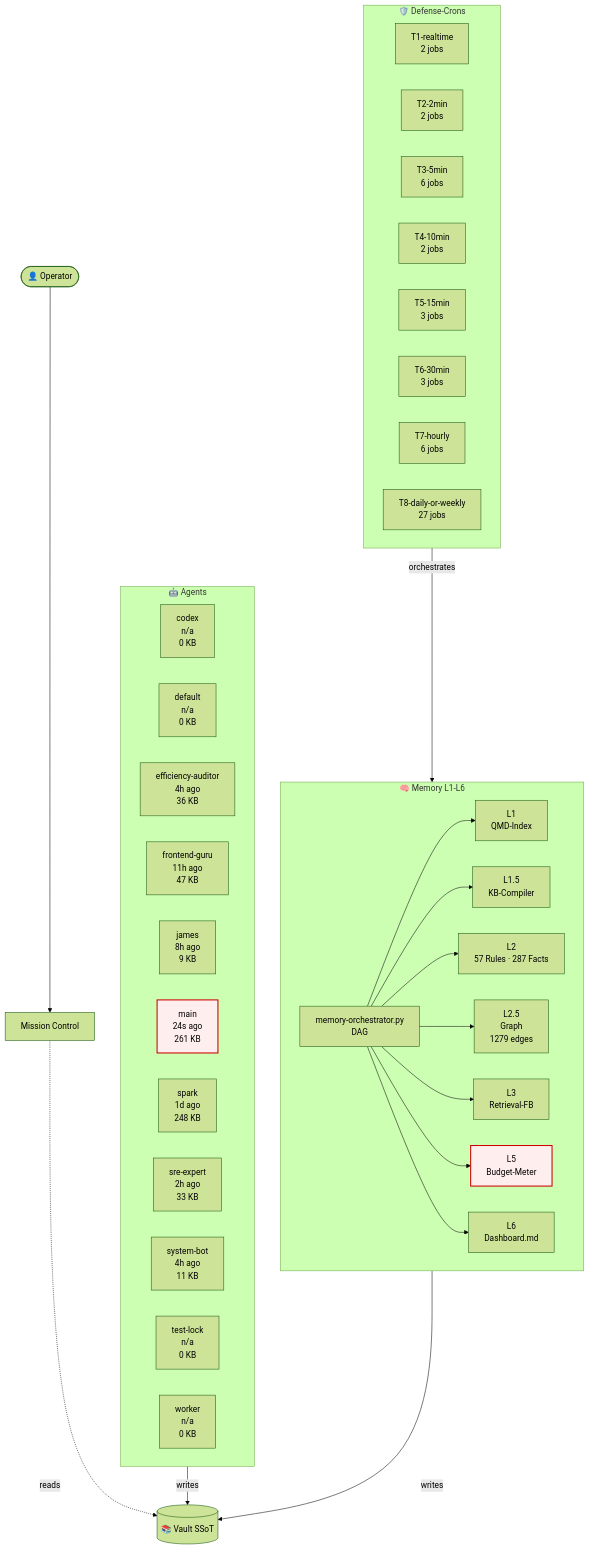
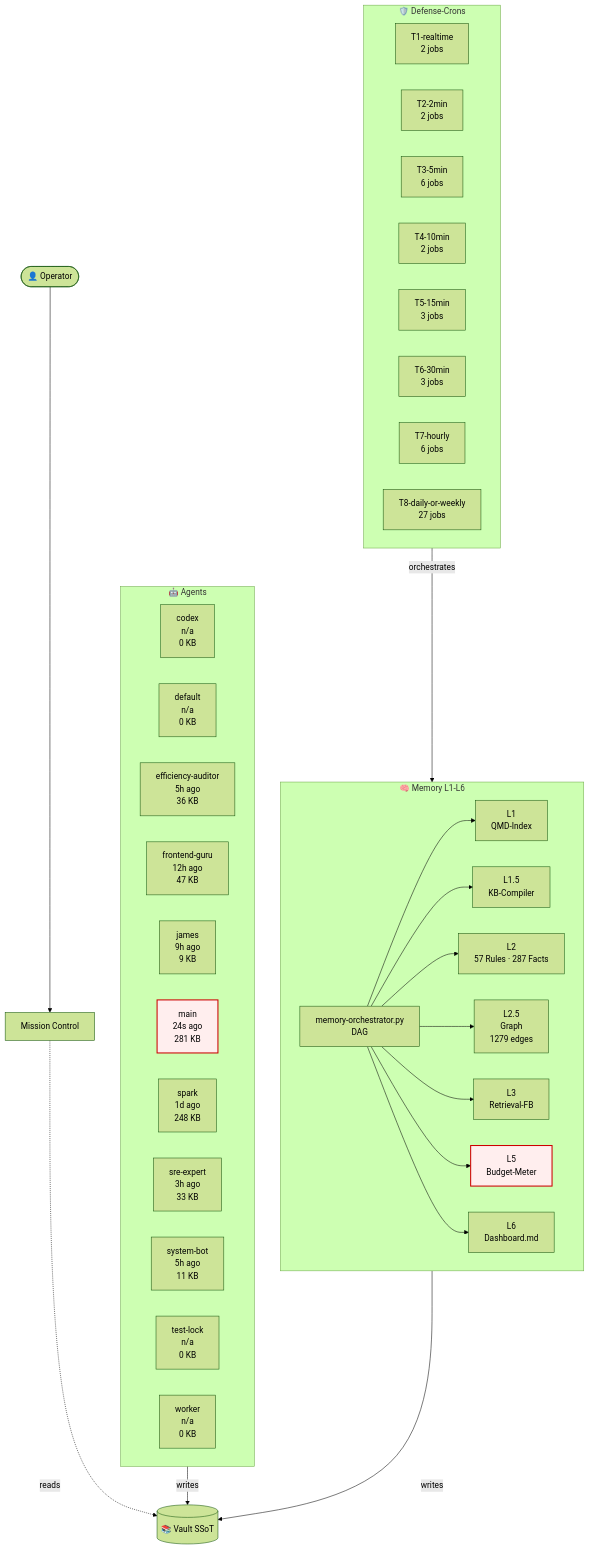
The diagram in 03-Agents/architecture-live.md (lenardhuebner88-rgb/openclaw-memory), drawn with Mermaid (forest theme) before and after one commit. The commit also changed other lines of this file and 1 other file, not shown here.

````diff
--- a/03-Agents/architecture-live.md
+++ b/03-Agents/architecture-live.md
@@ -18,54 +18,54 @@
 ```mermaid
 flowchart TB
     classDef critical fill:#fee,stroke:#c00,stroke-width:2px;
     subgraph AGT["🤖 Agents"]
         agent_codex["codex<br/>n/a<br/>0 KB"]
         agent_default["default<br/>n/a<br/>0 KB"]
-        agent_efficiency_auditor["efficiency-auditor<br/>4h ago<br/>36 KB"]
-        agent_frontend_guru["frontend-guru<br/>11h ago<br/>47 KB"]
-        agent_james["james<br/>8h ago<br/>9 KB"]
-        agent_main["main<br/>24s ago<br/>261 KB"]
+        agent_efficiency_auditor["efficiency-auditor<br/>5h ago<br/>36 KB"]
+        agent_frontend_guru["frontend-guru<br/>12h ago<br/>47 KB"]
+        agent_james["james<br/>9h ago<br/>9 KB"]
+        agent_main["main<br/>24s ago<br/>281 KB"]
         agent_spark["spark<br/>1d ago<br/>248 KB"]
-        agent_sre_expert["sre-expert<br/>2h ago<br/>33 KB"]
-        agent_system_bot["system-bot<br/>4h ago<br/>11 KB"]
+        agent_sre_expert["sre-expert<br/>3h ago<br/>33 KB"]
+        agent_system_bot["system-bot<br/>5h ago<br/>11 KB"]
         agent_test_lock["test-lock<br/>n/a<br/>0 KB"]
         agent_worker["worker<br/>n/a<br/>0 KB"]
     end
     subgraph MEM["🧠 Memory L1-L6"]
         L1["L1<br/>QMD-Index"]
         L15["L1.5<br/>KB-Compiler"]
         L2["L2<br/>57 Rules · 287 Facts"]
         L25["L2.5<br/>Graph<br/>1279 edges"]
         L3["L3<br/>Retrieval-FB"]
         L5["L5<br/>Budget-Meter"]
         L6["L6<br/>Dashboard.md"]
         ORCH["memory-orchestrator.py<br/>DAG"]
     end
     subgraph CRN["🛡️ Defense-Crons"]
         tier_T1_realtime["T1-realtime<br/>2 jobs"]
         tier_T2_2min["T2-2min<br/>2 jobs"]
         tier_T3_5min["T3-5min<br/>6 jobs"]
         tier_T4_10min["T4-10min<br/>2 jobs"]
         tier_T5_15min["T5-15min<br/>3 jobs"]
         tier_T6_30min["T6-30min<br/>3 jobs"]
         tier_T7_hourly["T7-hourly<br/>6 jobs"]
         tier_T8_daily_or_weekly["T8-daily-or-weekly<br/>27 jobs"]
     end
     VAULT[("📚 Vault SSoT")]
     OP([👤 Operator])
     MC["Mission Control"]
     OP --> MC
     MC -.reads.-> VAULT
     AGT -->|writes| VAULT
     MEM -->|writes| VAULT
     ORCH --> L1
     ORCH --> L15
     ORCH --> L2
     ORCH --> L25
     ORCH --> L3
     ORCH --> L5
     ORCH --> L6
     CRN -->|orchestrates| MEM
     class L5 critical
     class agent_main critical
 ```
````
